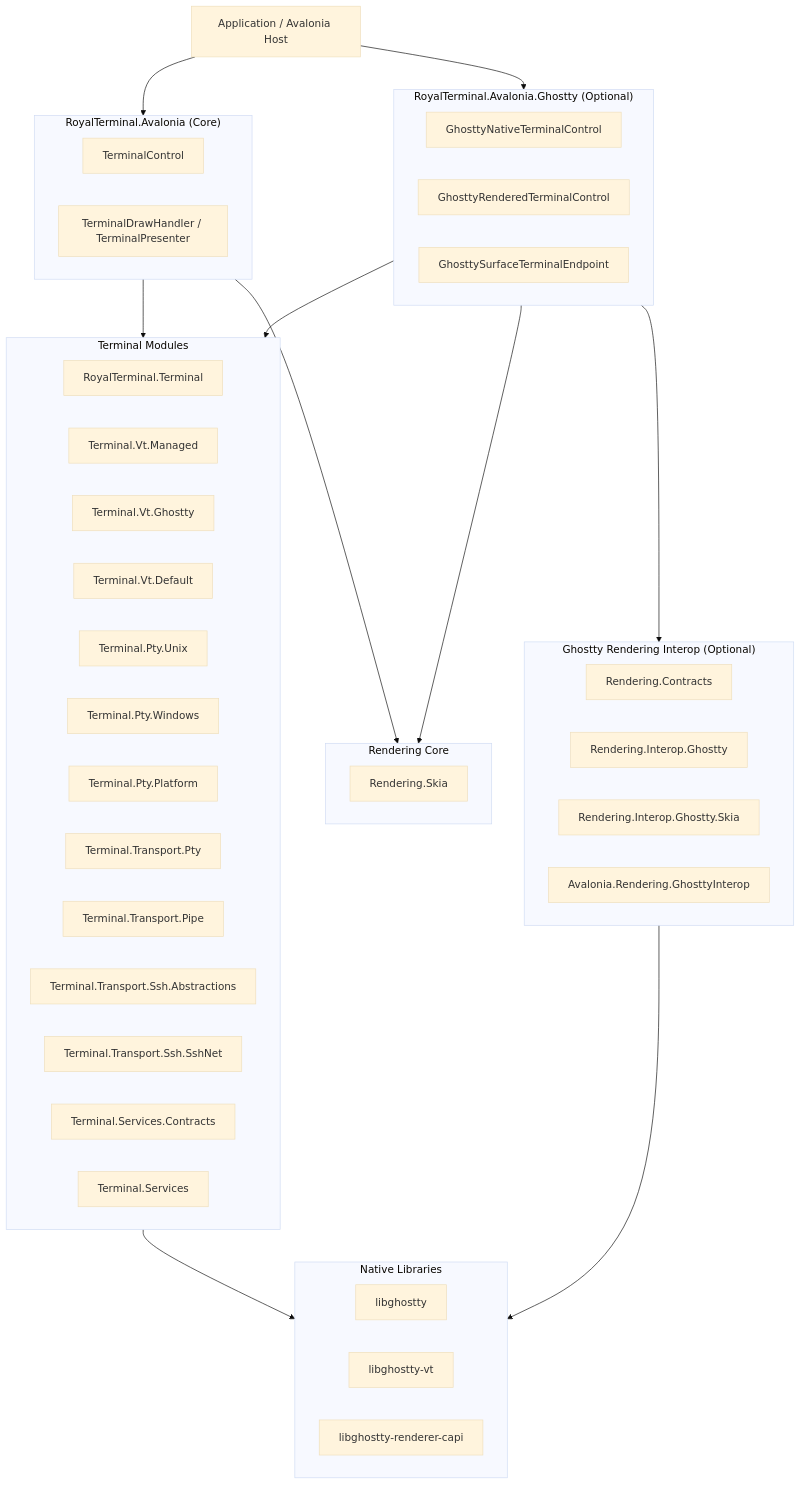
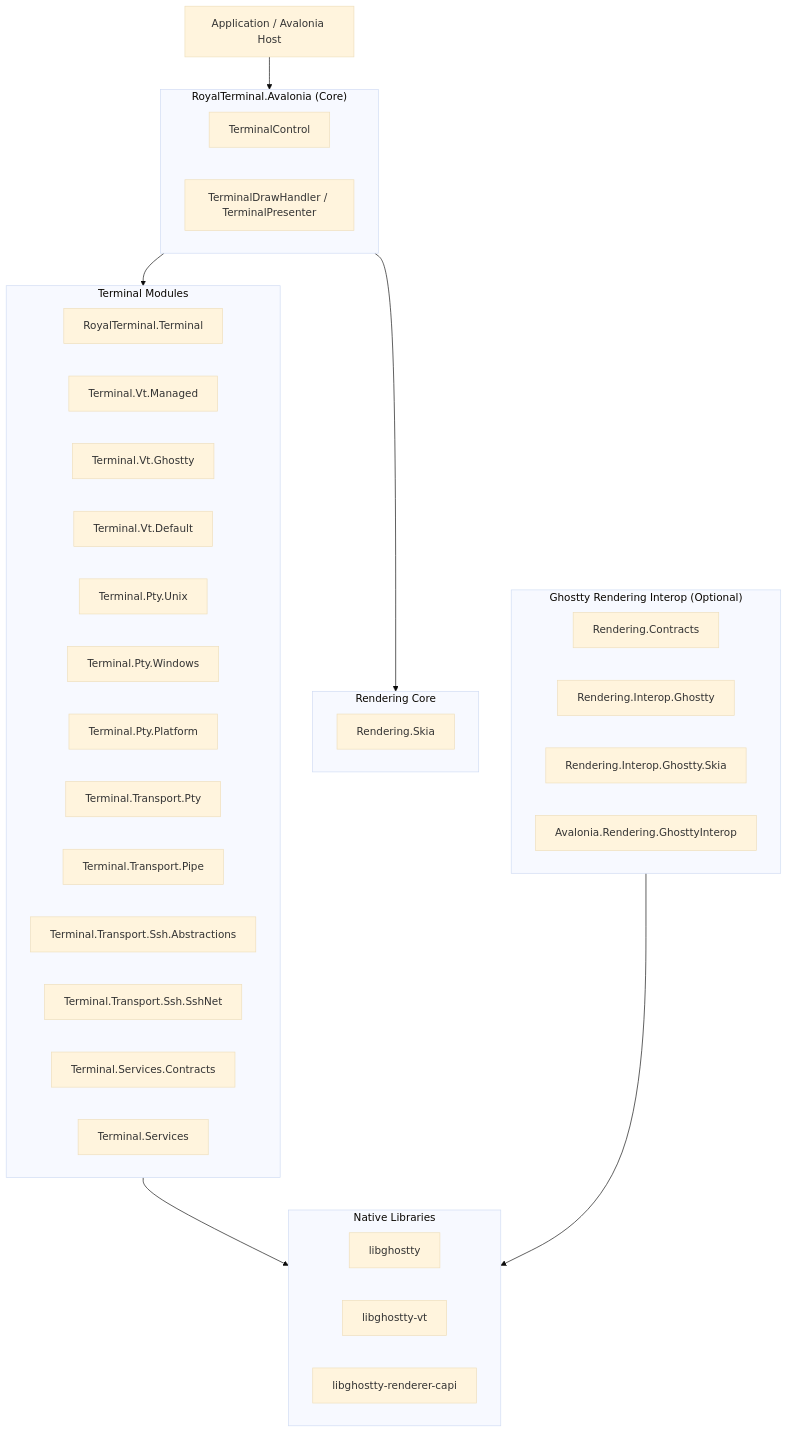
One commit to royalapplications/RoyalTerminal changed the diagram in README.md. Above: the diagram before and after it, drawn with Mermaid (base theme). The commit also changed other lines of this file and 20 other files, not shown here.

````diff
--- a/README.md
+++ b/README.md
@@ -215,58 +200,48 @@
 ```mermaid
 flowchart TD
     App["Application / Avalonia Host"]
 
     subgraph CoreUI["RoyalTerminal.Avalonia (Core)"]
       C1["TerminalControl"]
       C2["TerminalDrawHandler / TerminalPresenter"]
-    end
-
-    subgraph GhosttyUI["RoyalTerminal.Avalonia.Ghostty (Optional)"]
-      G1["GhosttyNativeTerminalControl"]
-      G2["GhosttyRenderedTerminalControl"]
-      G3["GhosttySurfaceTerminalEndpoint"]
     end
 
     subgraph Terminal["Terminal Modules"]
       T0["RoyalTerminal.Terminal"]
       T1["Terminal.Vt.Managed"]
       T2["Terminal.Vt.Ghostty"]
       T3["Terminal.Vt.Default"]
       P1["Terminal.Pty.Unix"]
       P2["Terminal.Pty.Windows"]
       P3["Terminal.Pty.Platform"]
       P4["Terminal.Transport.Pty"]
       P5["Terminal.Transport.Pipe"]
       P6["Terminal.Transport.Ssh.Abstractions"]
       P7["Terminal.Transport.Ssh.SshNet"]
       S1["Terminal.Services.Contracts"]
       S2["Terminal.Services"]
     end
 
     subgraph CoreRender["Rendering Core"]
       R4["Rendering.Skia"]
     end
 
     subgraph GhosttyRender["Ghostty Rendering Interop (Optional)"]
       R0["Rendering.Contracts"]
       R1["Rendering.Interop.Ghostty"]
       R2["Rendering.Interop.Ghostty.Skia"]
       R3["Avalonia.Rendering.GhosttyInterop"]
     end
 
     subgraph Native["Native Libraries"]
       N1["libghostty"]
       N2["libghostty-vt"]
       N3["libghostty-renderer-capi"]
     end
 
     App --> CoreUI
-    App --> GhosttyUI
     CoreUI --> Terminal
     CoreUI --> CoreRender
-    GhosttyUI --> Terminal
-    GhosttyUI --> CoreRender
-    GhosttyUI --> GhosttyRender
     Terminal --> Native
     GhosttyRender --> Native
 ```
````
